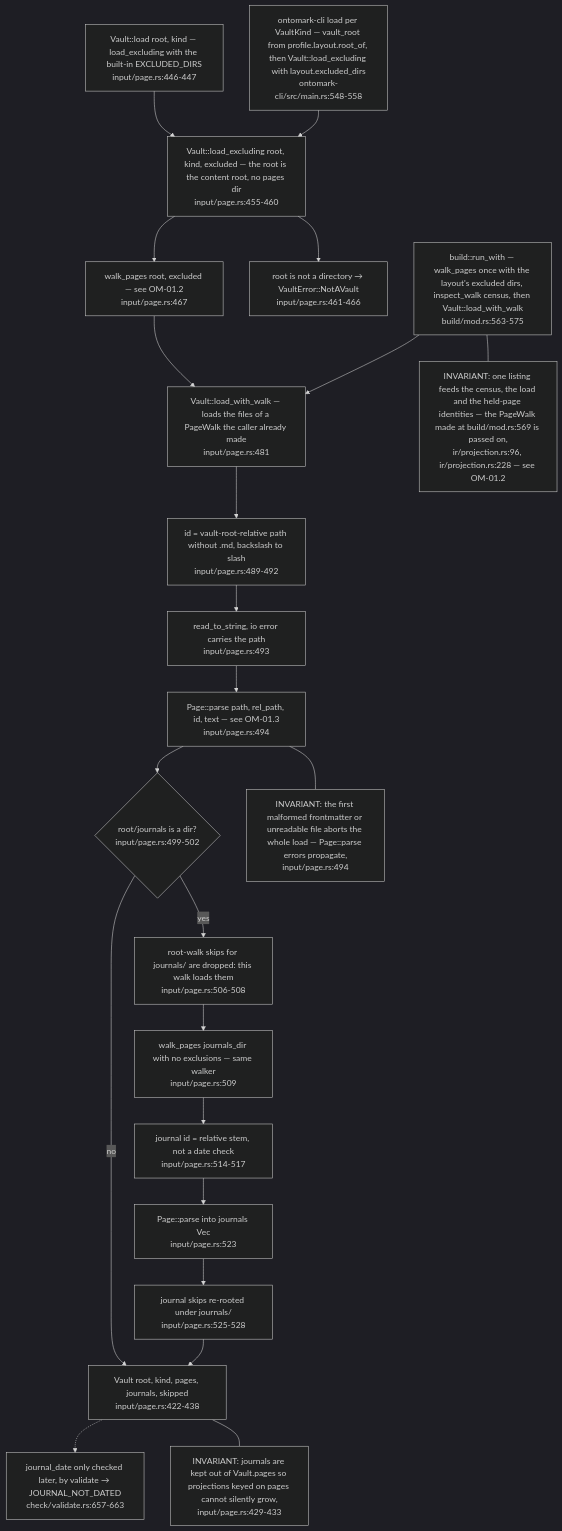
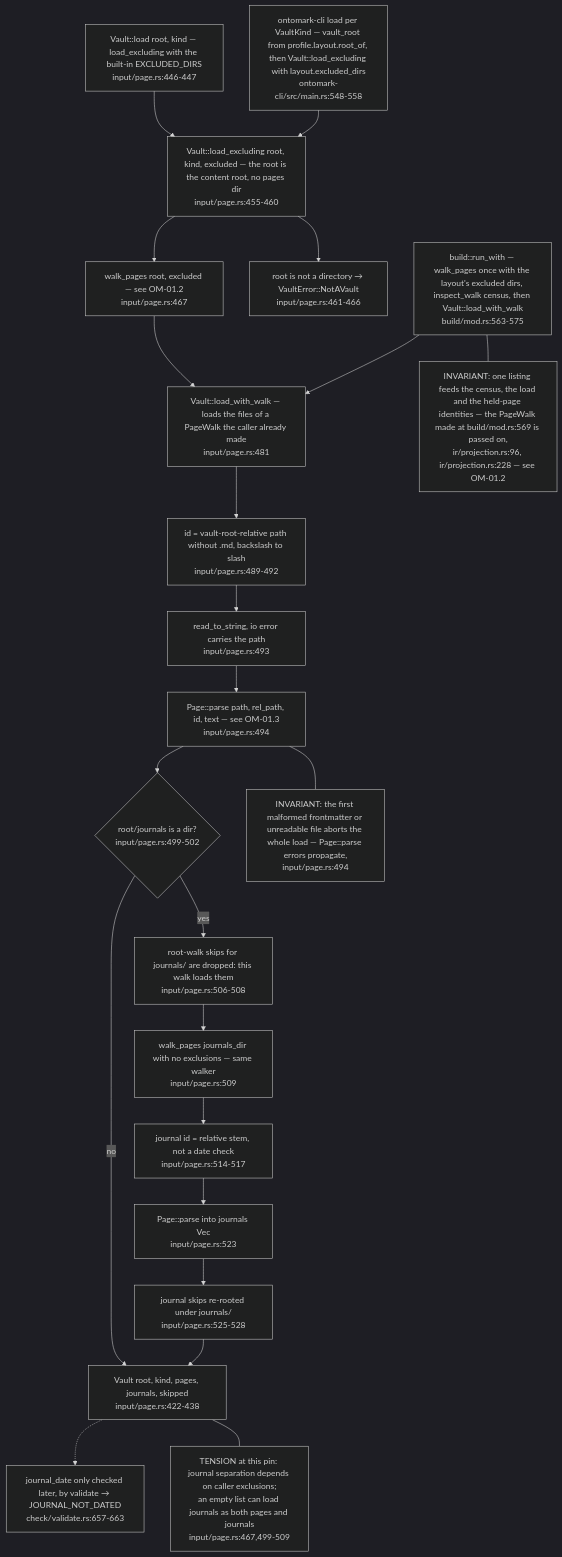
The first of 6 diagrams in docs/diagrams/ontomark/01-input-layer-vault-pages-and-gates.md (DreamLab-AI/VisionFlow), drawn with Mermaid (dark theme) before and after one commit. The commit also changed other lines of this file and 196 other files, not shown here.

````diff
--- a/docs/diagrams/ontomark/01-input-layer-vault-pages-and-gates.md
+++ b/docs/diagrams/ontomark/01-input-layer-vault-pages-and-gates.md
@@ -44,34 +44,34 @@
 ```mermaid
 flowchart TD
     CLI["ontomark-cli load per VaultKind — vault_root from profile.layout.root_of, then Vault::load_excluding with layout.excluded_dirs<br/>ontomark-cli/src/main.rs:548-558"]
     BUILD["build::run_with — walk_pages once with the layout's excluded dirs, inspect_walk census, then Vault::load_with_walk<br/>build/mod.rs:563-575"]
     LOADW["Vault::load_with_walk — loads the files of a PageWalk the caller already made<br/>input/page.rs:481"]
     LOAD["Vault::load root, kind — load_excluding with the built-in EXCLUDED_DIRS<br/>input/page.rs:446-447"]
     LOADX["Vault::load_excluding root, kind, excluded — the root is the content root, no pages dir<br/>input/page.rs:455-460"]
     NOTDIR["root is not a directory → VaultError::NotAVault<br/>input/page.rs:461-466"]
     WALK["walk_pages root, excluded — see OM-01.2<br/>input/page.rs:467"]
     ID["id = vault-root-relative path without .md, backslash to slash<br/>input/page.rs:489-492"]
     READ["read_to_string, io error carries the path<br/>input/page.rs:493"]
     PARSE["Page::parse path, rel_path, id, text — see OM-01.3<br/>input/page.rs:494"]
     JDIR{"root/journals is a dir?<br/>input/page.rs:499-502"}
     JRETAIN["root-walk skips for journals/ are dropped: this walk loads them<br/>input/page.rs:506-508"]
     JWALK["walk_pages journals_dir with no exclusions — same walker<br/>input/page.rs:509"]
     JID["journal id = relative stem, not a date check<br/>input/page.rs:514-517"]
     JPARSE["Page::parse into journals Vec<br/>input/page.rs:523"]
     JSKIP["journal skips re-rooted under journals/<br/>input/page.rs:525-528"]
     VAULT["Vault root, kind, pages, journals, skipped<br/>input/page.rs:422-438"]
     JDATE["journal_date only checked later, by validate → JOURNAL_NOT_DATED<br/>check/validate.rs:657-663"]
     CLI --> LOADX
     BUILD --> LOADW
     LOAD --> LOADX --> NOTDIR
     LOADX --> WALK --> LOADW --> ID --> READ --> PARSE --> JDIR
     JDIR -- yes --> JRETAIN --> JWALK --> JID --> JPARSE --> JSKIP --> VAULT
     JDIR -- no --> VAULT
     VAULT -.-> JDATE
-    note1["INVARIANT: journals are kept out of Vault.pages so projections keyed on pages cannot silently grow,<br/>input/page.rs:429-433"]
+    note1["TENSION at this pin: journal separation depends on caller exclusions;<br/>an empty list can load journals as both pages and journals<br/>input/page.rs:467,499-509"]
     note2["INVARIANT: the first malformed frontmatter or unreadable file aborts the whole load — Page::parse errors propagate,<br/>input/page.rs:494"]
     note3["INVARIANT: one listing feeds the census, the load and the held-page identities — the PageWalk made at build/mod.rs:569 is passed on,<br/>ir/projection.rs:96, ir/projection.rs:228 — see OM-01.2"]
     VAULT --- note1
     PARSE --- note2
     BUILD --- note3
 ```
````
